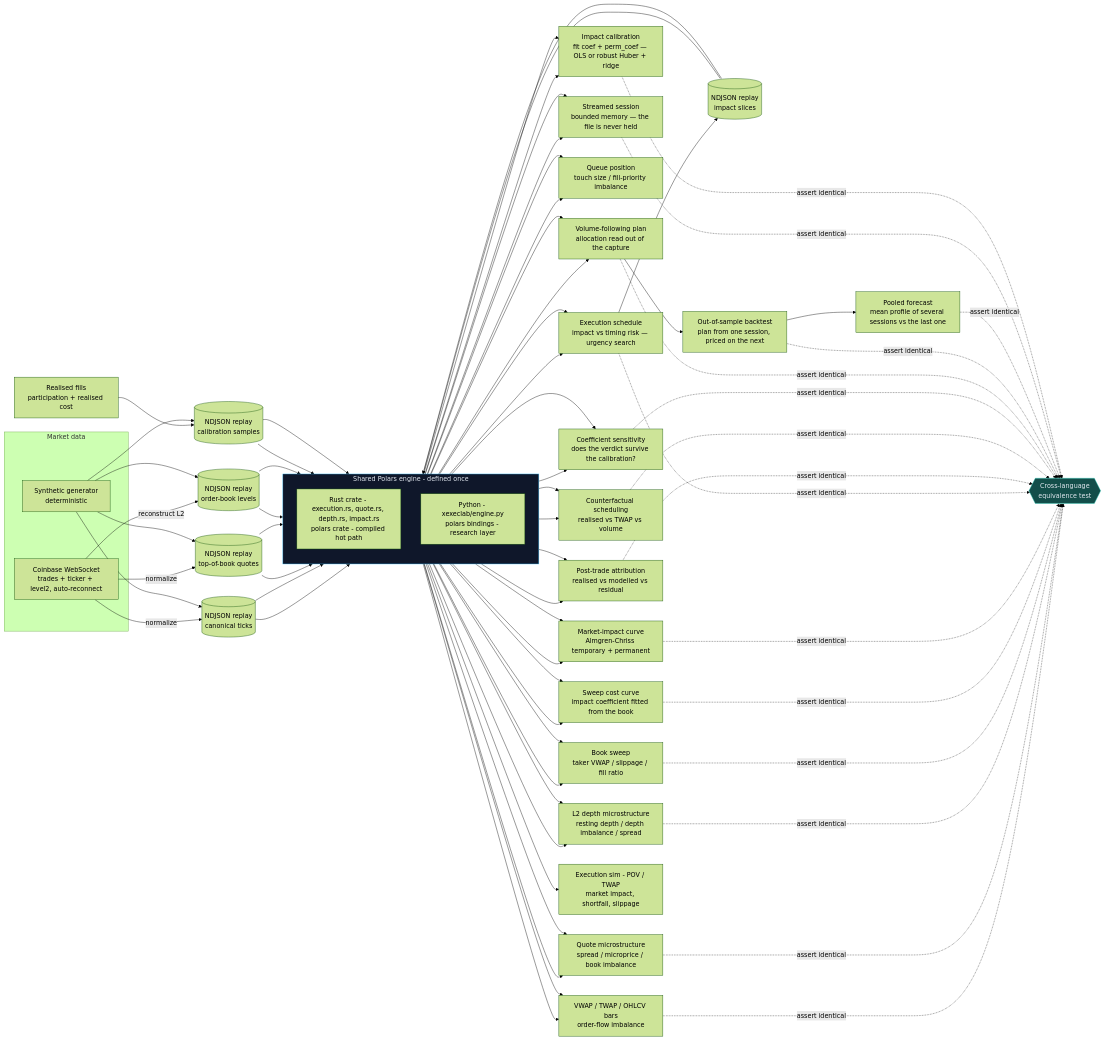
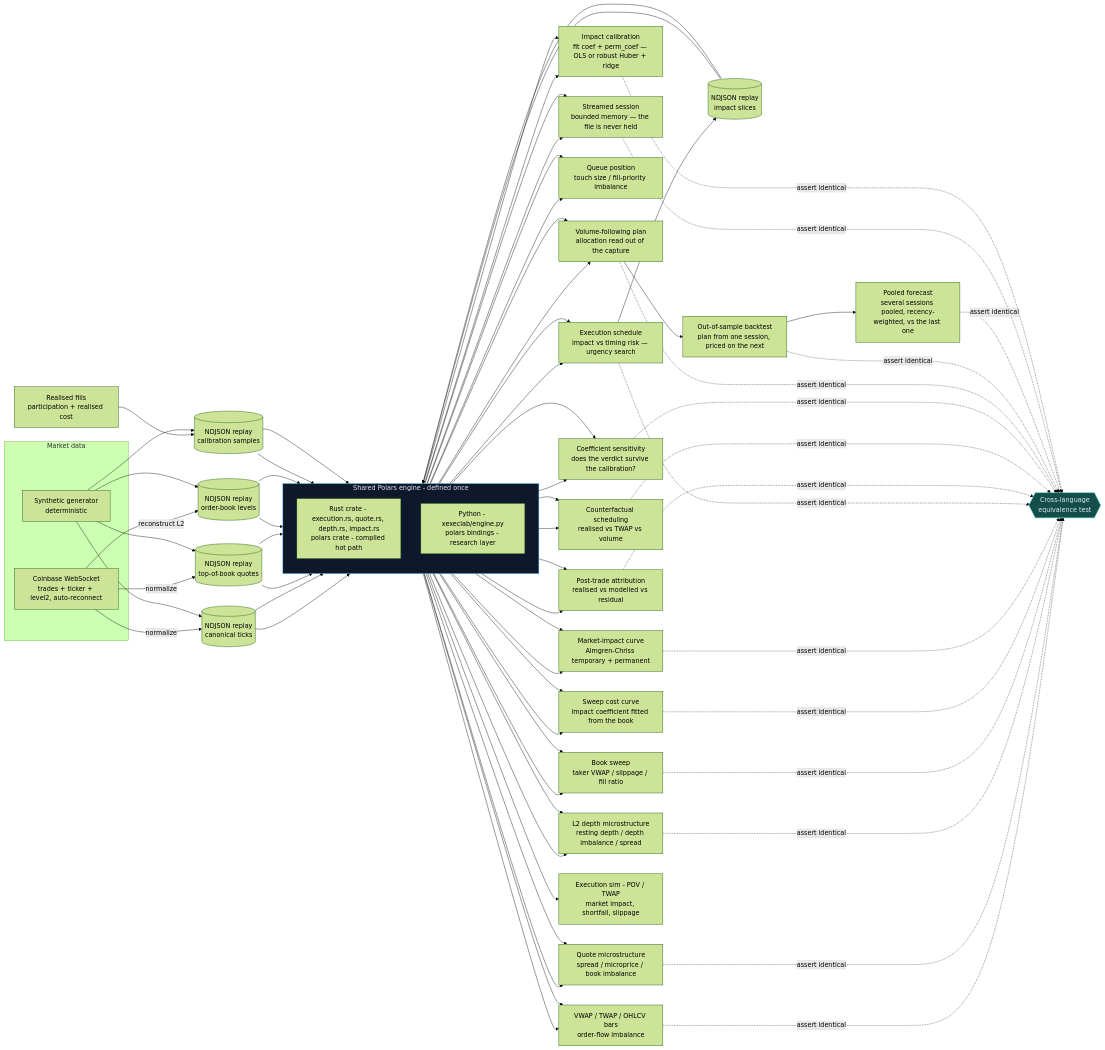
Before and after one commit to ghoshp83/polars-execution-lab: the diagram in README.md, drawn with Mermaid (forest theme). The commit also changed other lines of this file and 5 other files, not shown here.

First line of the commit message:
docs: release v0.20.0 (recency-weighted volume forecasts)

```diff
--- a/README.md
+++ b/README.md
@@ -88,7 +88,7 @@
     RUST --> POV[Volume-following plan<br/>allocation read out of the capture]
     PY --> POV
     POV --> BT[Out-of-sample backtest<br/>plan from one session, priced on the next]
-    BT --> FC[Pooled forecast<br/>mean profile of several sessions vs the last one]
+    BT --> FC[Pooled forecast<br/>several sessions pooled, recency-weighted, vs the last one]
     RUST --> STREAM[Streamed session<br/>bounded memory — the file is never held]
     PY --> STREAM
     RUST --> CALIB[Impact calibration<br/>fit coef + perm_coef — OLS or robust Huber + ridge]
```
